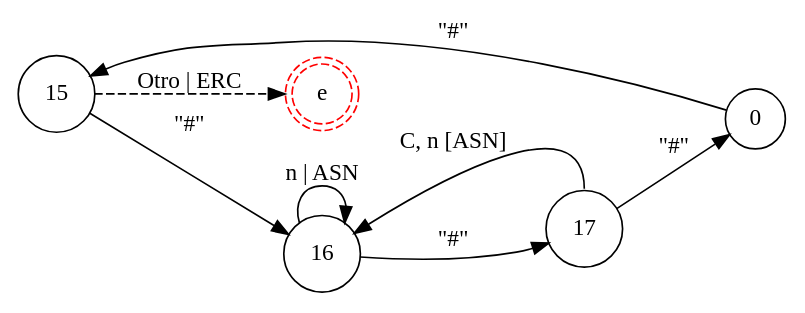
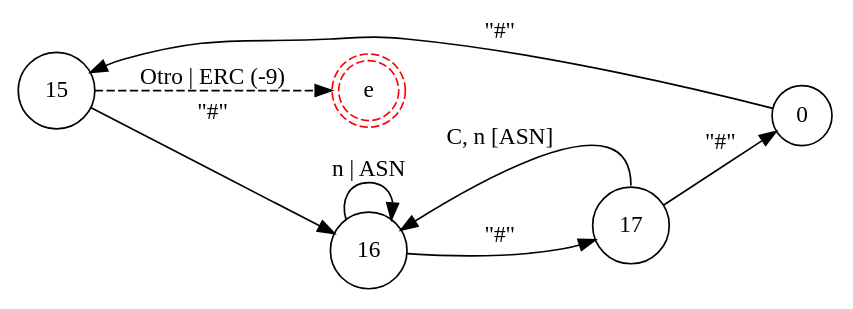
Before and after one commit to iroumec/RouVel-Compiler: the diagram in resources/diagrams/graphs/comments.dot, drawn with Graphviz. The commit also changed 23 other files, not shown here.

```diff
--- a/resources/diagrams/graphs/comments.dot
+++ b/resources/diagrams/graphs/comments.dot
@@ -1,13 +1,13 @@
 digraph DFA {
     rankdir = LR;
     node [shape = circle;];
     eC [shape = doublecircle;style = dashed;color = red;label = "e";];
     
     0 -> 15 [label = "\"#\"";];
-    15 -> eC [label = "Otro | ERC"; style = dashed;];
+    15 -> eC [label = "Otro | ERC (-9)"; style = dashed;];
     15 -> 16 [label = "\"#\"";];
     16 -> 16 [label = "n | ASN";];
     16 -> 17 [label = "\"#\"";];
     17 -> 16 [label = "C, n [ASN]"; tailport = n;];
     17 -> 0 [label = "\"#\"";];
 }
```
